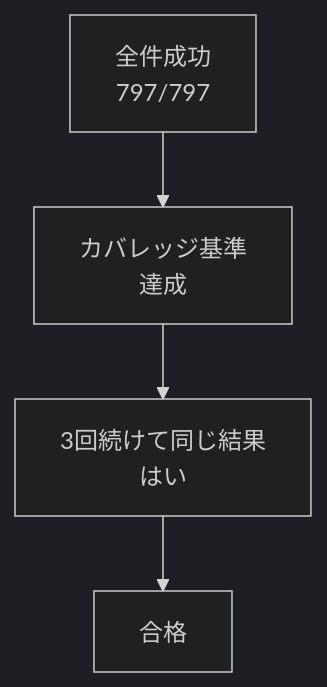
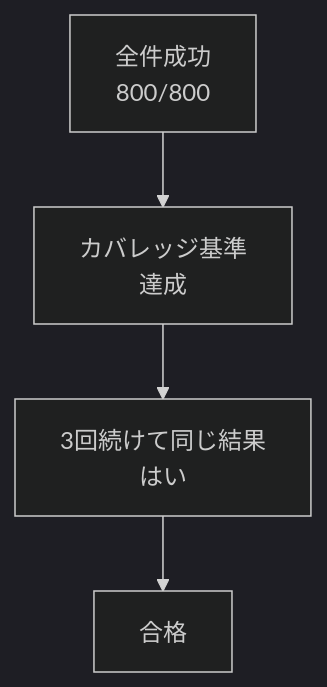
One commit to pocarialice/rpglearning changed the third of 4 diagrams in documents/モジュールテスト結果報告書_RPG学習アプリ.md. Above: the diagram before and after it, drawn with Mermaid (dark theme). The commit also changed other lines of this file and 8 other files, not shown here.

````diff
--- a/documents/モジュールテスト結果報告書_RPG学習アプリ.md
+++ b/documents/モジュールテスト結果報告書_RPG学習アプリ.md
@@ -1576,6 +1579,6 @@
 ```mermaid
 flowchart TD
-  A["全件成功<br>797/797"] --> B["カバレッジ基準<br>達成"]
+  A["全件成功<br>800/800"] --> B["カバレッジ基準<br>達成"]
   B --> C["3回続けて同じ結果<br>はい"]
   C --> D["合格"]
 ```
````
